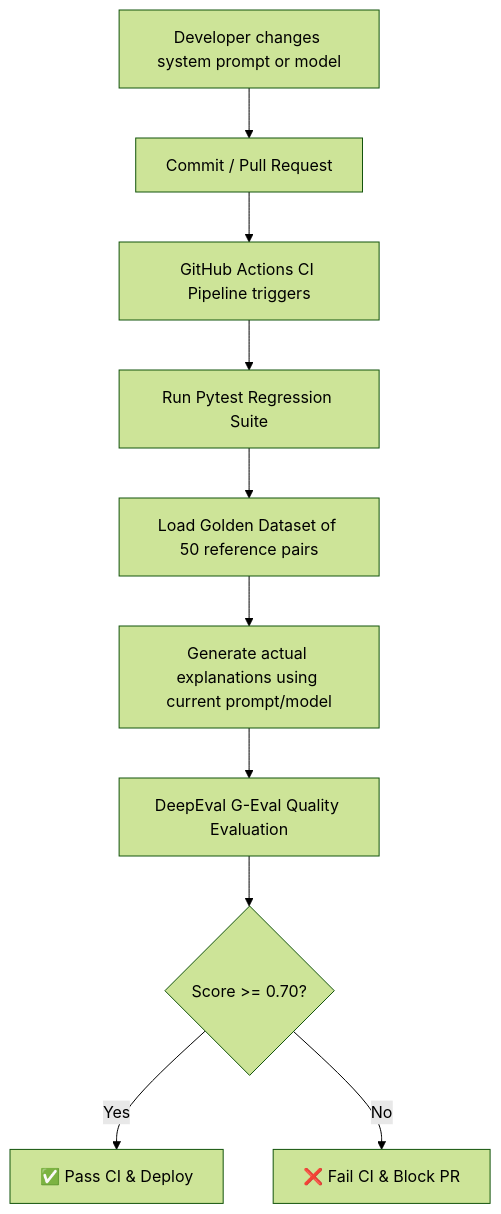
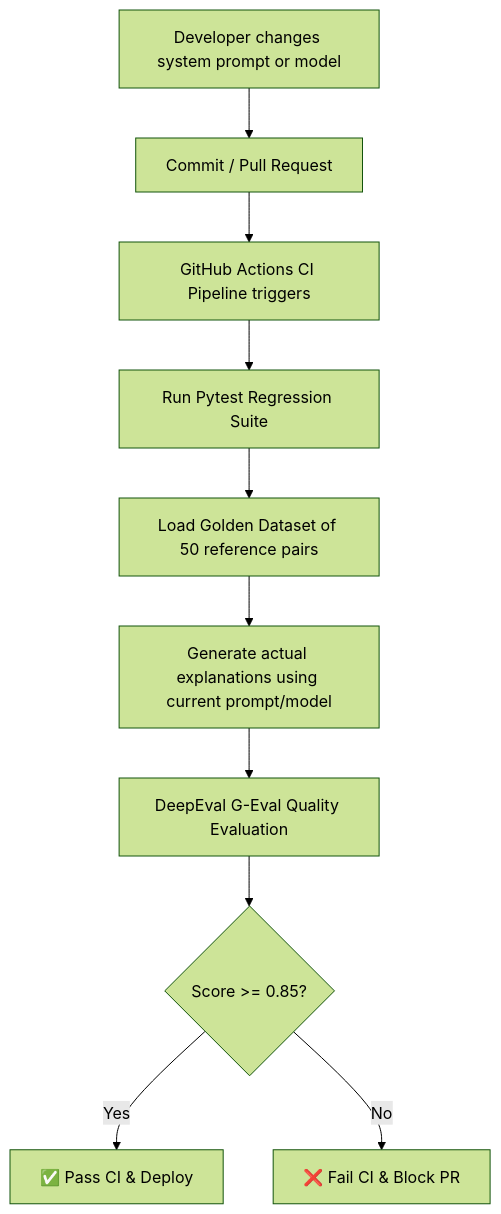
The diagram in README.md (rashedulalbab253/Prompt-Regression-Testing-Pipeline), drawn with Mermaid (forest theme) before and after one commit. The commit also changed other lines of this file, not shown here.

````diff
--- a/README.md
+++ b/README.md
@@ -24,12 +24,12 @@
 ```mermaid
 flowchart TD
     A[Developer changes system prompt or model] --> B[Commit / Pull Request]
     B --> C[GitHub Actions CI Pipeline triggers]
     C --> D[Run Pytest Regression Suite]
     D --> E[Load Golden Dataset of 50 reference pairs]
     E --> F[Generate actual explanations using current prompt/model]
     F --> G[DeepEval G-Eval Quality Evaluation]
-    G --> H{Score >= 0.70?}
+    G --> H{Score >= 0.85?}
     H -- Yes --> I[✅ Pass CI & Deploy]
     H -- No --> J[❌ Fail CI & Block PR]
 ```
````
